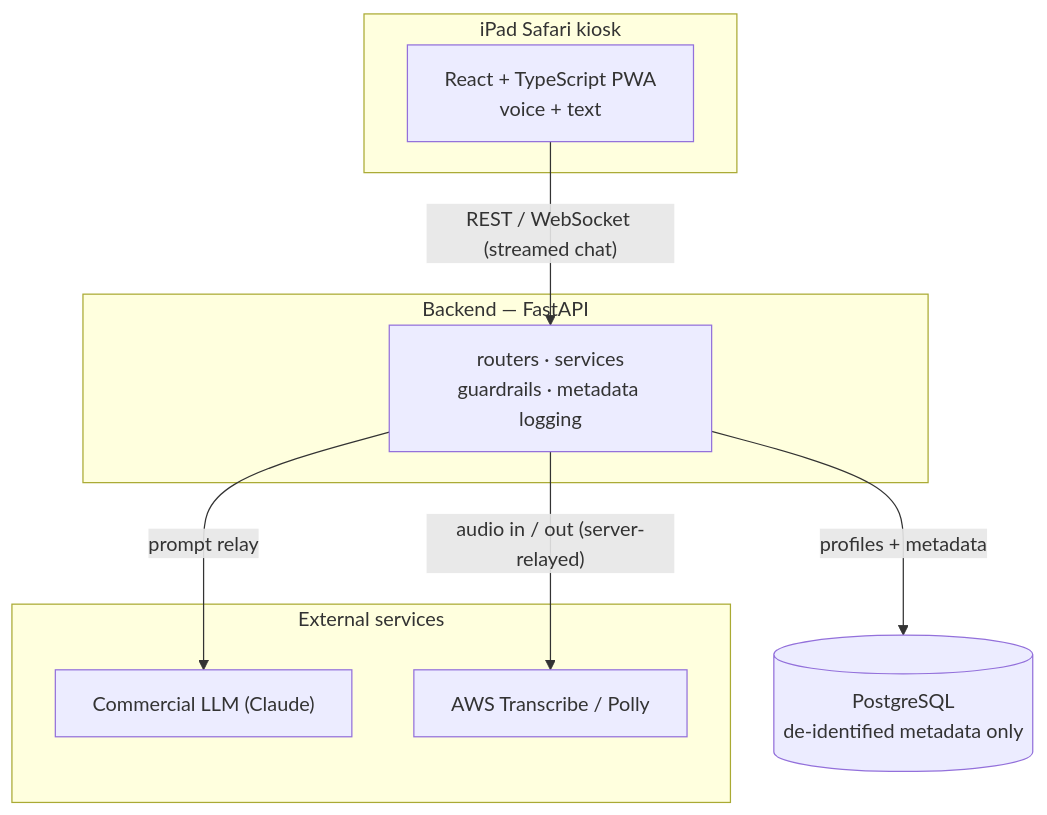
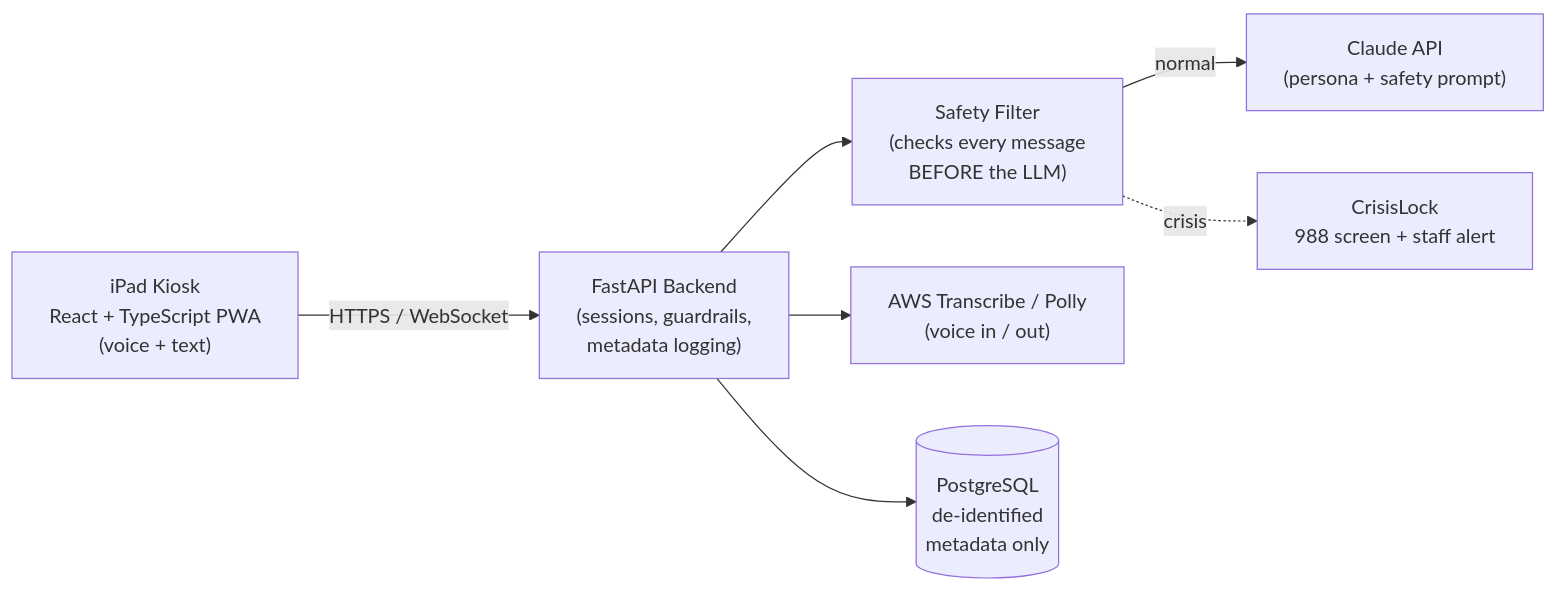
Before and after one commit to back99/mci-chatbot-showcase: the diagram in README.md, drawn with Mermaid. The commit also changed 1 other file, not shown here.

Commit message:
Unify the overview diagram: single canonical architecture (safety branch included, infra layer omitted) used in both README and architecture doc

````diff
--- a/README.md
+++ b/README.md
@@ -78,19 +78,17 @@
 ```mermaid
-flowchart TB
-    subgraph Kiosk["iPad Safari kiosk"]
-        FE["React + TypeScript PWA<br/>voice + text"]
-    end
-    subgraph Server["Backend — FastAPI"]
-        API["routers · services<br/>guardrails · metadata logging"]
-    end
-    subgraph External["External services"]
-        LLM["Commercial LLM (Claude)"]
-        VOICE["AWS Transcribe / Polly"]
-    end
-    DB[("PostgreSQL<br/>de-identified metadata only")]
+flowchart LR
+    FE["iPad Kiosk<br/>React + TypeScript PWA<br/>(voice + text)"]
+    API["FastAPI Backend<br/>(sessions, guardrails,<br/>metadata logging)"]
+    SF["Safety Filter<br/>(checks every message<br/>BEFORE the LLM)"]
+    LLM["Claude API<br/>(persona + safety prompt)"]
+    LOCK["CrisisLock<br/>988 screen + staff alert"]
+    VOICE["AWS Transcribe / Polly<br/>(voice in / out)"]
+    DB[("PostgreSQL<br/>de-identified<br/>metadata only")]
 
-    FE -->|"REST / WebSocket (streamed chat)"| API
-    API -->|"prompt relay"| LLM
-    API -->|"audio in / out (server-relayed)"| VOICE
-    API -->|"profiles + metadata"| DB
+    FE -->|"HTTPS / WebSocket"| API
+    API --> SF
+    SF -->|"normal"| LLM
+    SF -.->|"crisis"| LOCK
+    API --> VOICE
+    API --> DB
 ```
````
